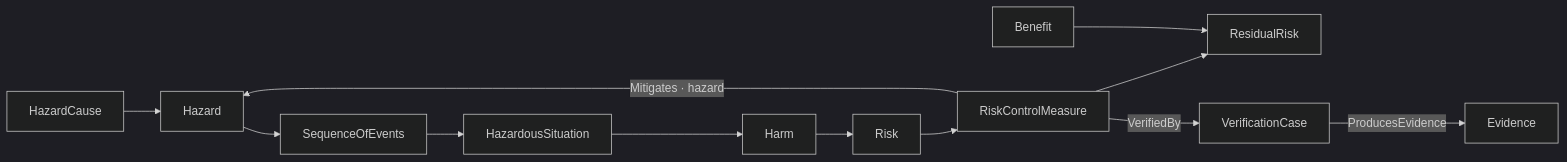
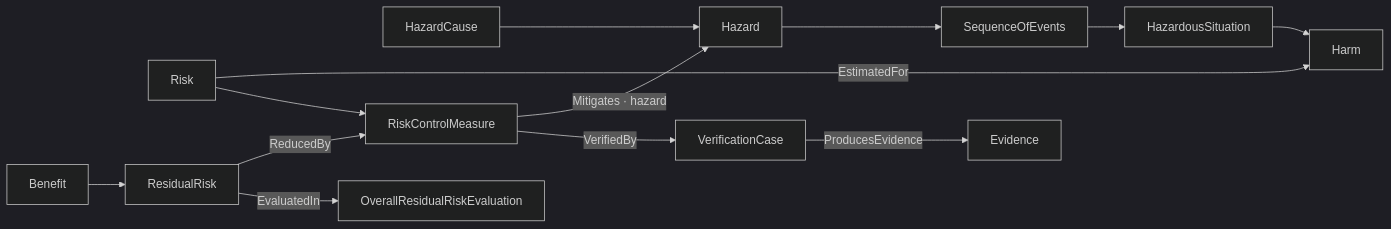
Before and after one commit to memoarchitect/memo: the diagram in docs/layers/risk-assurance.md, drawn with Mermaid (dark theme). The commit also changed 21 other files, not shown here.

````diff
--- a/docs/layers/risk-assurance.md
+++ b/docs/layers/risk-assurance.md
@@ -25,14 +25,15 @@
 ```mermaid
 flowchart LR
     Cause[HazardCause] --> Hazard[Hazard]
     Hazard --> Events[SequenceOfEvents]
     Events --> Situation[HazardousSituation]
     Situation --> Harm[Harm]
-    Harm --> Risk[Risk]
+    Risk[Risk] -->|EstimatedFor| Harm
     Control[RiskControlMeasure] -->|Mitigates · hazard| Hazard
     Risk --> Control
-    Control --> Residual[ResidualRisk]
+    Residual[ResidualRisk] -->|ReducedBy| Control
+    Residual -->|EvaluatedIn| Overall[OverallResidualRiskEvaluation]
     Benefit[Benefit] --> Residual
     Control -->|VerifiedBy| Test[VerificationCase]
     Test -->|ProducesEvidence| Evidence[Evidence]
 ```
````
